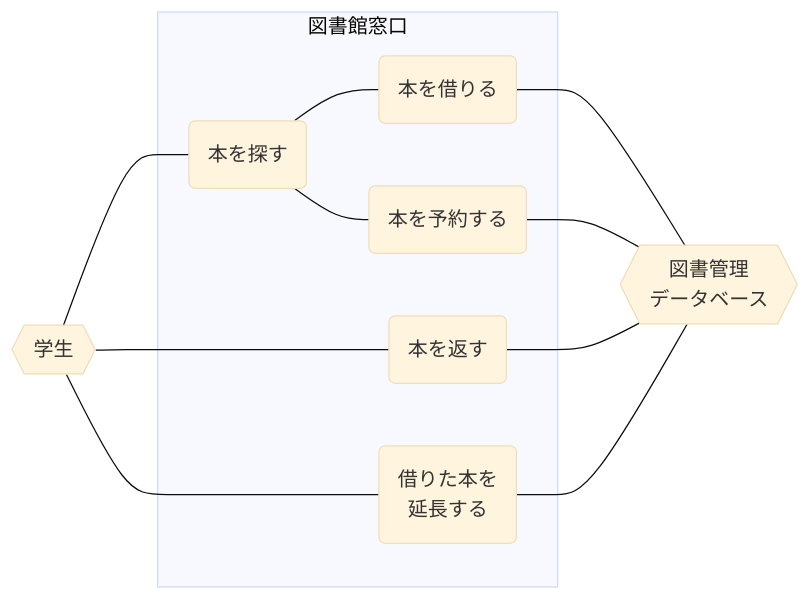
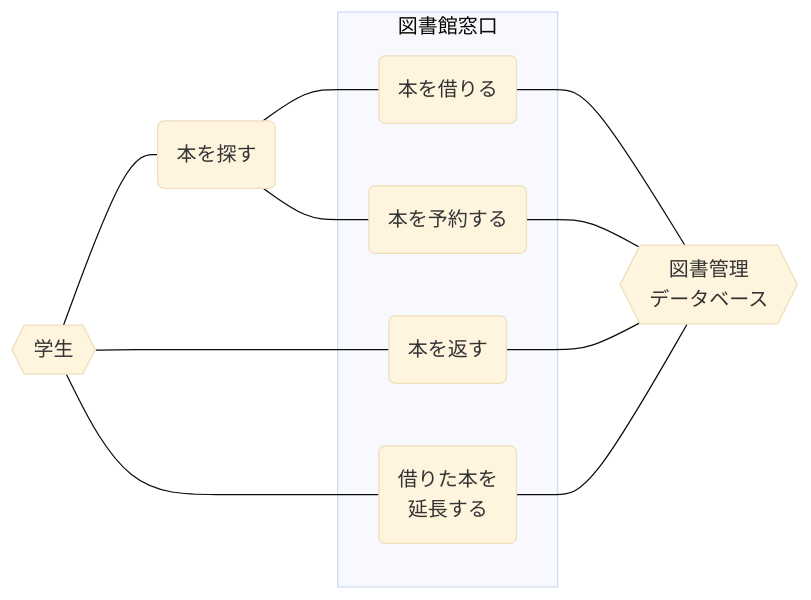
The diagram in mermaid2.md (Shibasaki1224/Marmade_Vol.1), drawn with Mermaid (base theme) before and after one commit.

````diff
--- a/mermaid2.md
+++ b/mermaid2.md
@@ -1,24 +1,23 @@
 ```mermaid
 flowchart LR
 a{{学生}}
 b(本を借りる)
 c(本を返す)
 d(本を予約する)
 e("借りた本を\n延長する")
 f(本を探す)
 g{{"図書管理\nデータベース"}}
 
 a---f
 f---b---g
 f---d---g
 a---c---g
 a---e---g
 
 subgraph 図書館窓口
 b
 c
 d
 e
-f
 end
 ```
````
